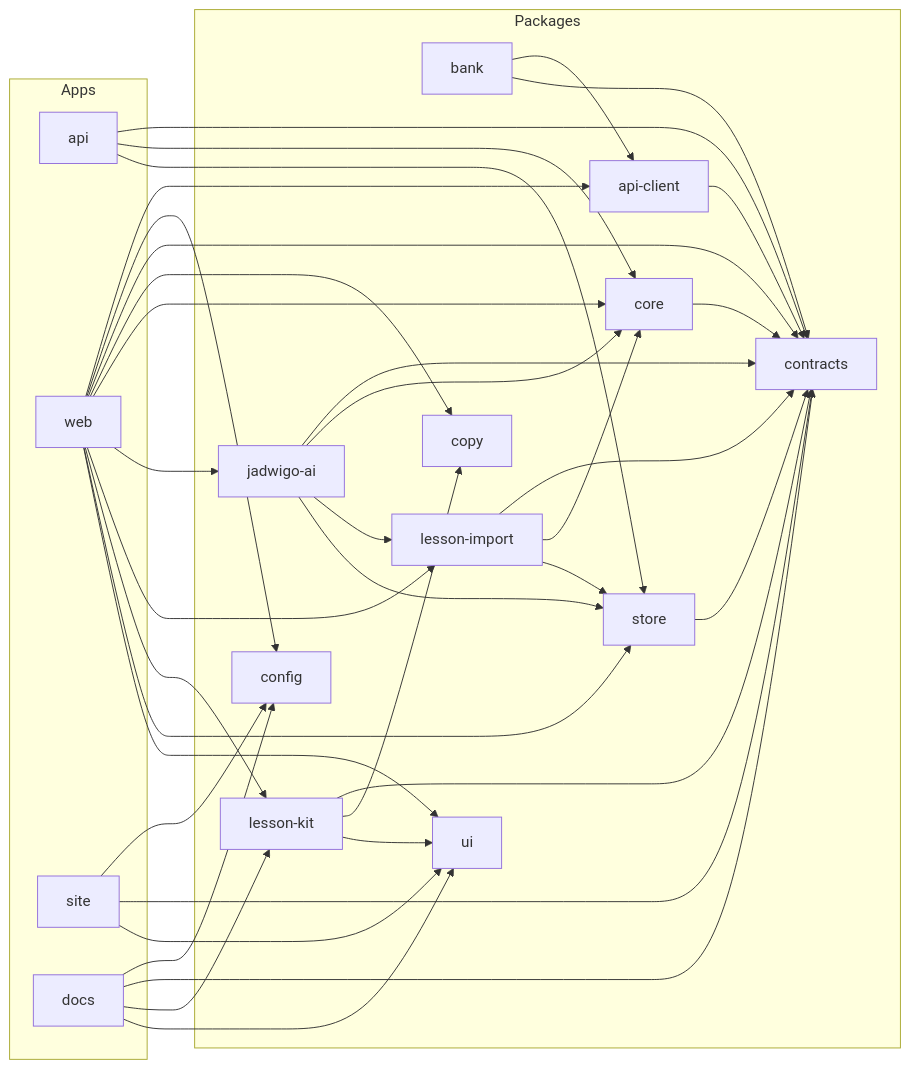
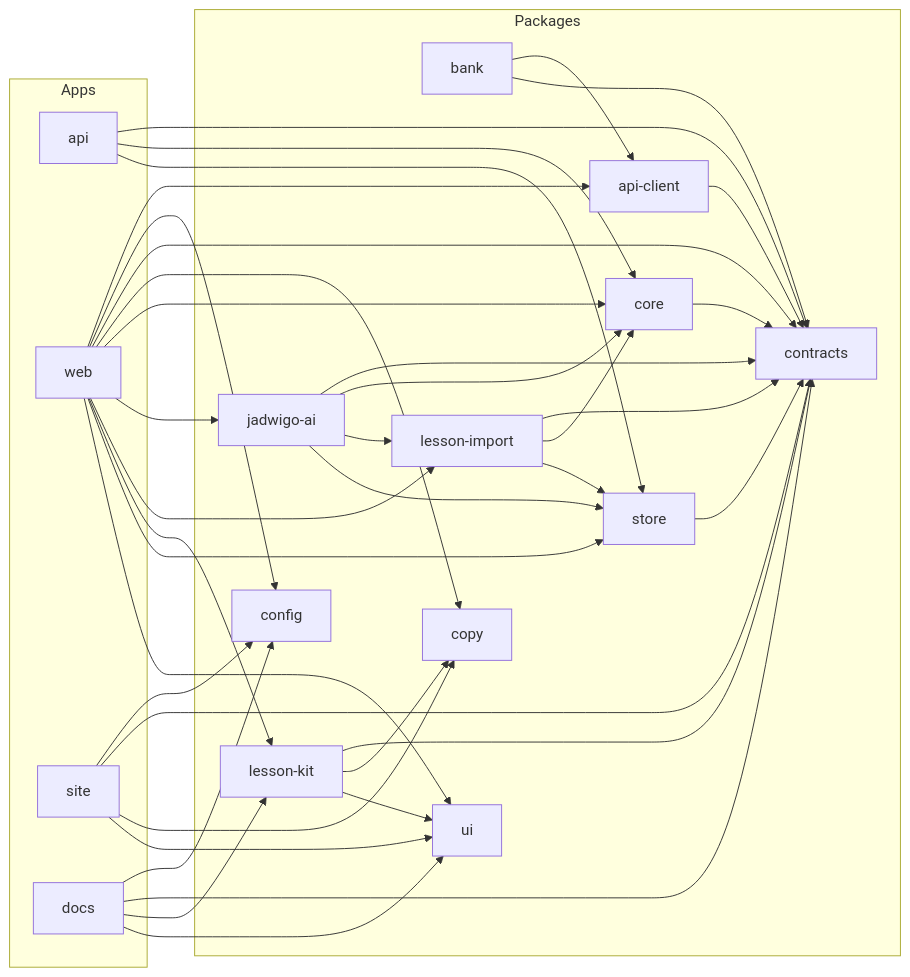
Before and after one commit to vasyl-stanislavchuk/jadwigo-hackathon: the diagram in apps/docs/src/content/docs/architecture/monorepo.md, drawn with Mermaid. The commit also changed 3 other files, not shown here.

Commit message:
dl-9t2o.1: apps/site depends on @jadwigo/copy for the site_* messages (lane i18n-site's request)

````diff
--- a/apps/docs/src/content/docs/architecture/monorepo.md
+++ b/apps/docs/src/content/docs/architecture/monorepo.md
@@ -20,57 +20,58 @@
 ```mermaid
 flowchart LR
   subgraph apps [Apps]
     api
     web
     site
     docs
   end
   subgraph packages [Packages]
     api_client["api-client"]
     bank
     config
     contracts
     copy
     core
     jadwigo_ai["jadwigo-ai"]
     lesson_import["lesson-import"]
     lesson_kit["lesson-kit"]
     store
     ui
   end
   api --> contracts
   api --> core
   api --> store
   web --> api_client
   web --> config
   web --> contracts
   web --> copy
   web --> core
   web --> jadwigo_ai
   web --> lesson_import
   web --> lesson_kit
   web --> store
   web --> ui
   site --> config
   site --> contracts
+  site --> copy
   site --> ui
   docs --> config
   docs --> contracts
   docs --> lesson_kit
   docs --> ui
   api_client --> contracts
   bank --> api_client
   bank --> contracts
   core --> contracts
   jadwigo_ai --> contracts
   jadwigo_ai --> core
   jadwigo_ai --> lesson_import
   jadwigo_ai --> store
   lesson_import --> contracts
   lesson_import --> core
   lesson_import --> store
   lesson_kit --> contracts
   lesson_kit --> copy
   lesson_kit --> ui
   store --> contracts
 ```
````
